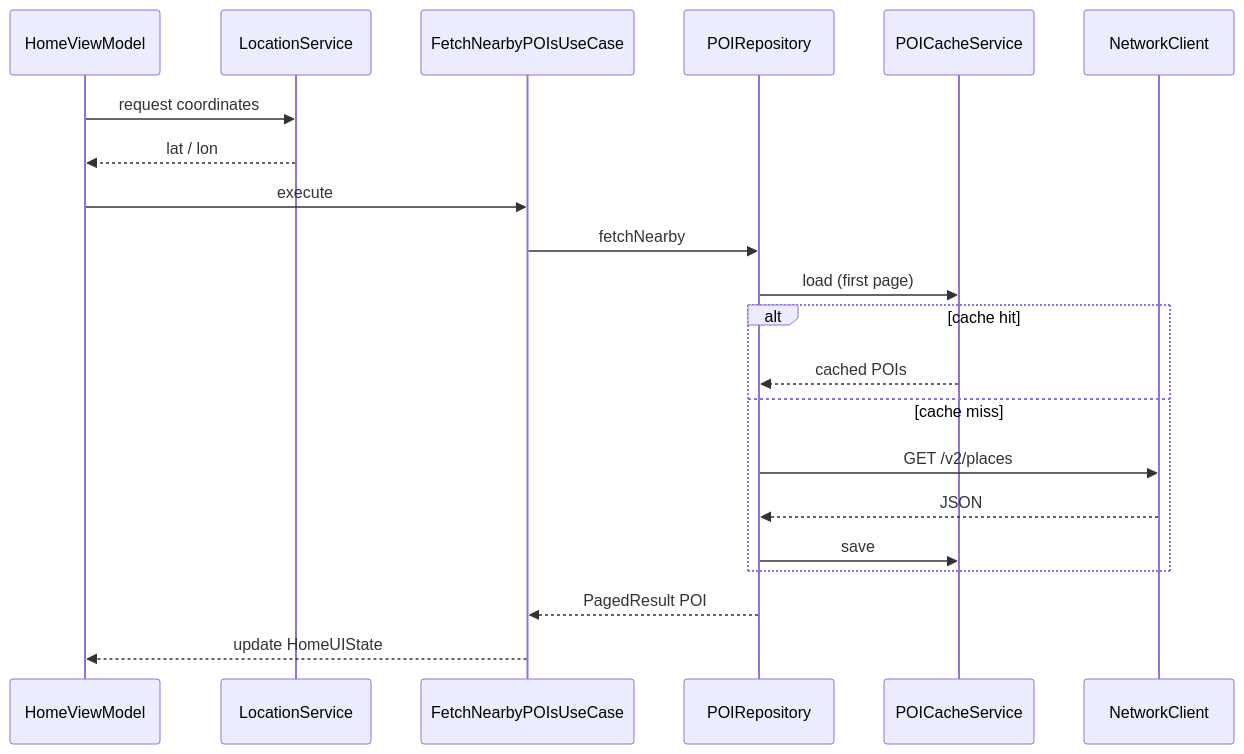
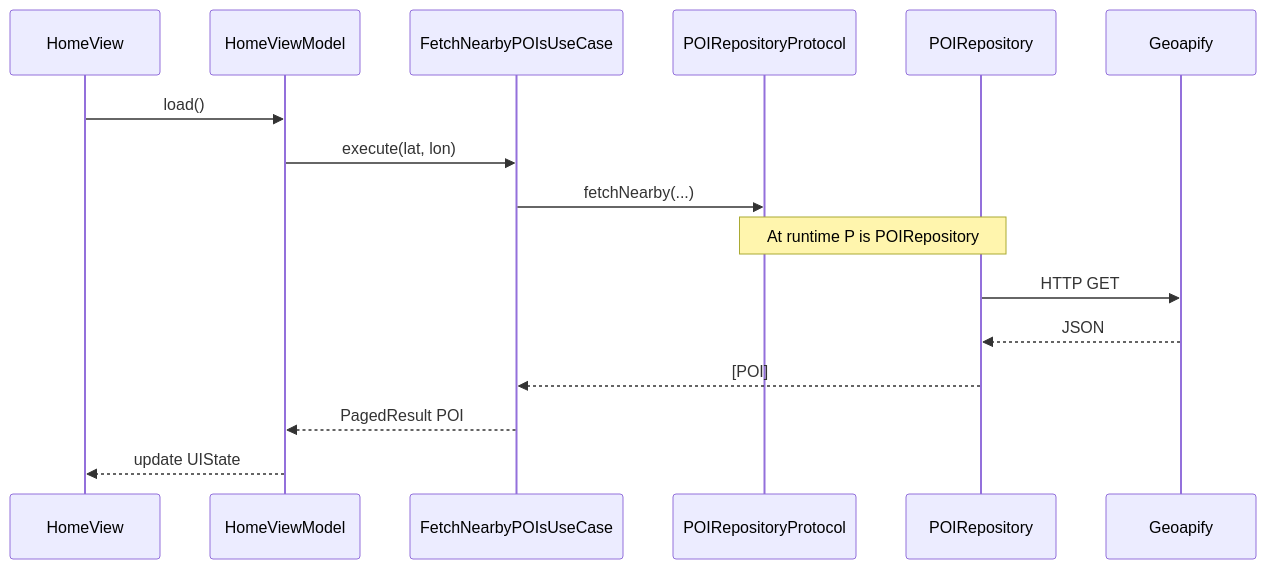
Before and after one commit to luizmellodev/Blueprint: the first of 2 diagrams in Documentation/Content/en/architecture/overview.md, drawn with Mermaid. The commit also changed other lines of this file and 49 other files, not shown here.

Commit message:
Slim docs to focused architecture and website chapters

````diff
--- a/Documentation/Content/en/architecture/overview.md
+++ b/Documentation/Content/en/architecture/overview.md
@@ -214,24 +40,19 @@
 ```mermaid
 sequenceDiagram
-  participant H as HomeViewModel
-  participant L as LocationService
+  participant V as HomeView
+  participant VM as HomeViewModel
   participant UC as FetchNearbyPOIsUseCase
+  participant P as POIRepositoryProtocol
   participant R as POIRepository
-  participant C as POICacheService
-  participant N as NetworkClient
+  participant API as Geoapify
 
-  H->>L: request coordinates
-  L-->>H: lat / lon
-  H->>UC: execute
-  UC->>R: fetchNearby
-  R->>C: load (first page)
-  alt cache hit
-    C-->>R: cached POIs
-  else cache miss
-    R->>N: GET /v2/places
-    N-->>R: JSON
-    R->>C: save
-  end
-  R-->>UC: PagedResult POI
-  UC-->>H: update HomeUIState
+  V->>VM: load()
+  VM->>UC: execute(lat, lon)
+  UC->>P: fetchNearby(...)
+  Note over P,R: At runtime P is POIRepository
+  R->>API: HTTP GET
+  API-->>R: JSON
+  R-->>UC: [POI]
+  UC-->>VM: PagedResult POI
+  VM-->>V: update UIState
 ```
````
